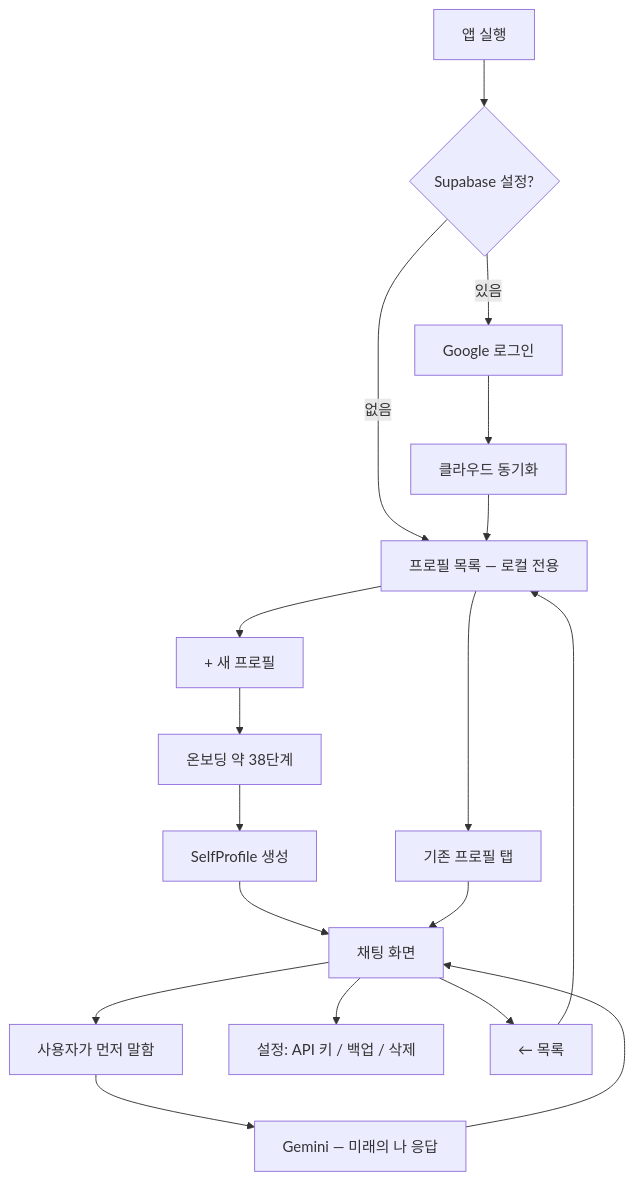
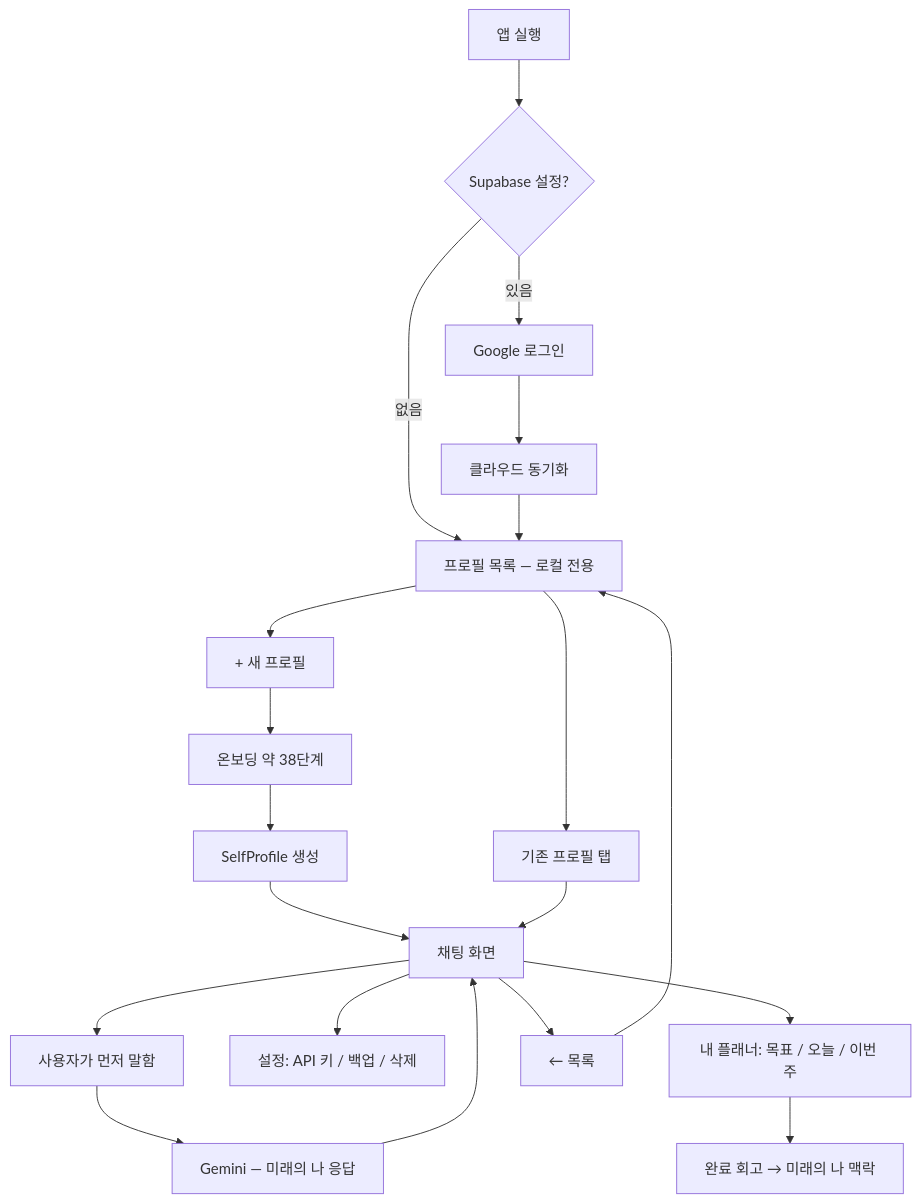
One commit to jongyoon0130/FutureMe changed the first of 2 diagrams in README.md. Above: the diagram before and after it, drawn with Mermaid. The commit also changed other lines of this file and 11 other files, not shown here.

````diff
--- a/README.md
+++ b/README.md
@@ -41,18 +41,20 @@
 ```mermaid
 flowchart TD
     A[앱 실행] --> B{Supabase 설정?}
     B -->|없음| C[프로필 목록 — 로컬 전용]
     B -->|있음| L[Google 로그인] --> S[클라우드 동기화] --> C
     C --> D[+ 새 프로필]
     C --> E[기존 프로필 탭]
     D --> F[온보딩 약 38단계]
     F --> G[SelfProfile 생성]
     G --> H[채팅 화면]
     E --> H
     H --> I[사용자가 먼저 말함]
     I --> J[Gemini — 미래의 나 응답]
     J --> H
     H --> K[설정: API 키 / 백업 / 삭제]
+    H --> P[내 플래너: 목표 / 오늘 / 이번 주]
+    P --> R[완료 회고 → 미래의 나 맥락]
     H --> M[← 목록]
     M --> C
 ```
````
